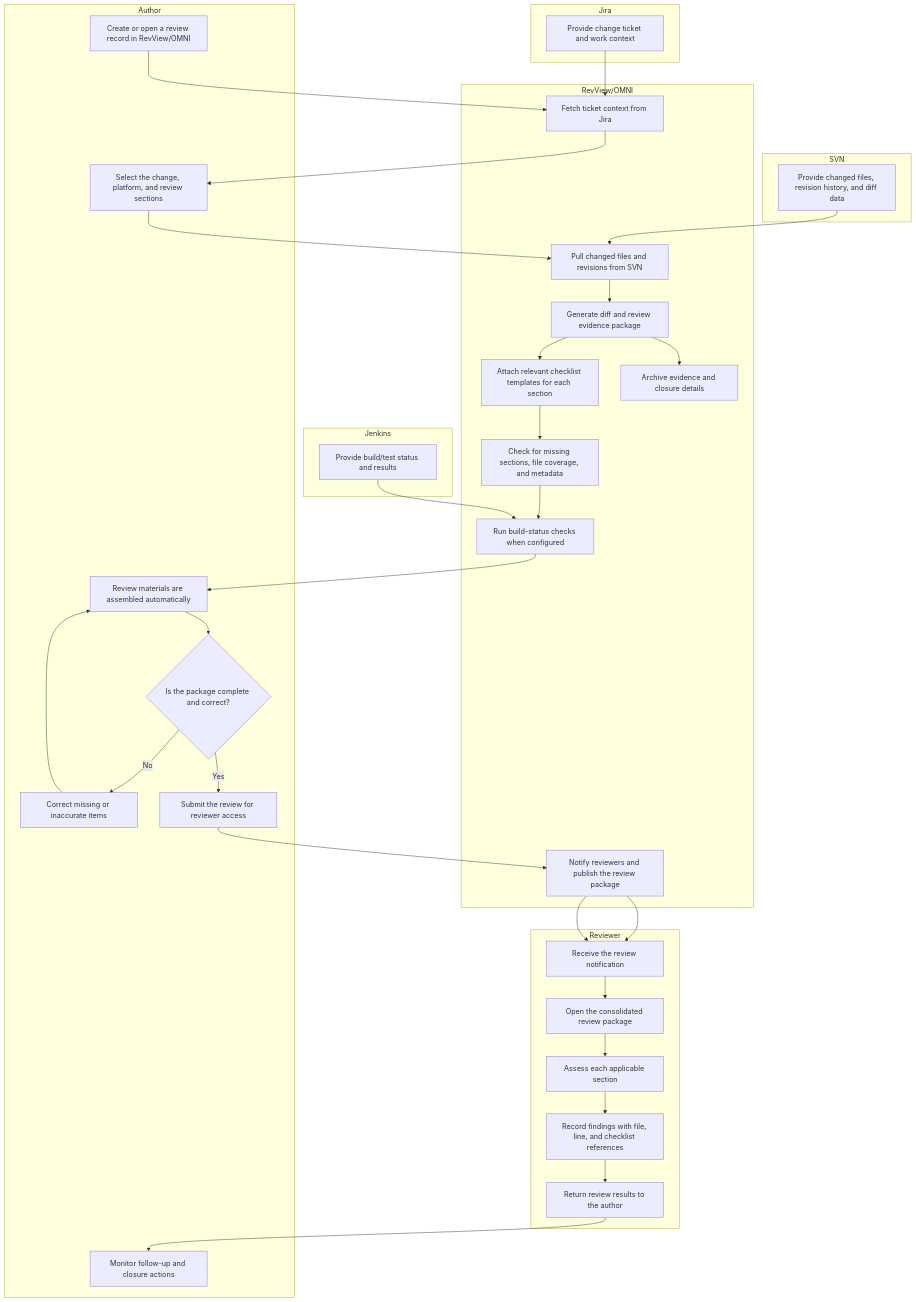
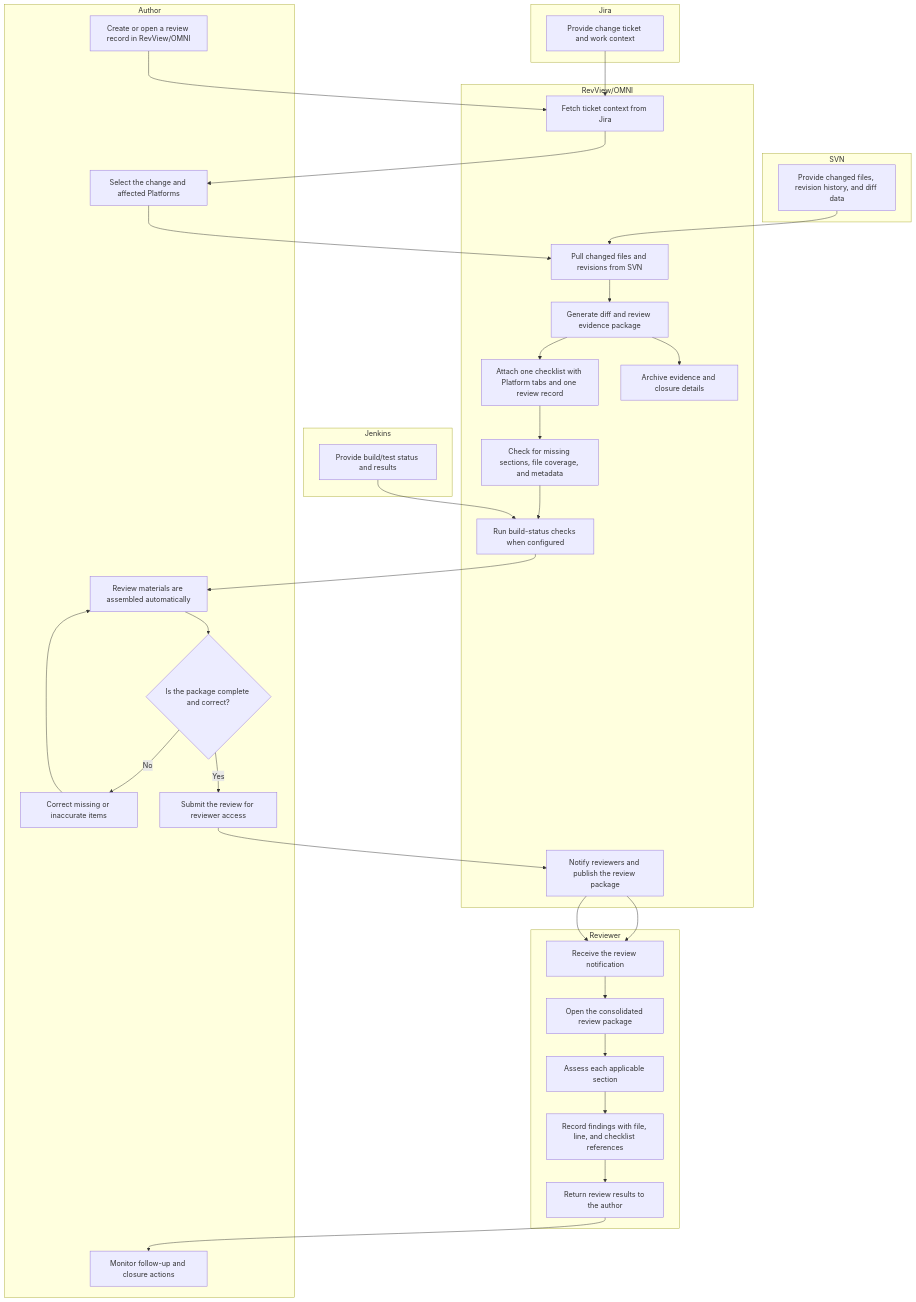
The second of 3 diagrams in docs/requirements/vision-and-scope.md (olehzu/RevView-OMNI), drawn with Mermaid before and after one commit. The commit also changed other lines of this file and 7 other files, not shown here.

````diff
--- a/docs/requirements/vision-and-scope.md
+++ b/docs/requirements/vision-and-scope.md
@@ -271,52 +272,52 @@
 ```mermaid
 flowchart TD
   subgraph Author[Author]
     A1[Create or open a review record in RevView/OMNI]
-    A2[Select the change, platform, and review sections]
+    A2[Select the change and affected Platforms]
     A3[Review materials are assembled automatically]
     A4{Is the package complete and correct?}
     A5[Correct missing or inaccurate items]
     A6[Submit the review for reviewer access]
     A7[Monitor follow-up and closure actions]
   end
 
   subgraph System[RevView/OMNI]
     S1[Fetch ticket context from Jira]
     S2[Pull changed files and revisions from SVN]
     S3[Generate diff and review evidence package]
-    S4[Attach relevant checklist templates for each section]
+    S4[Attach one checklist with Platform tabs and one review record]
     S5[Check for missing sections, file coverage, and metadata]
     S6[Run build-status checks when configured]
     S7[Notify reviewers and publish the review package]
     S8[Archive evidence and closure details]
   end
 
   subgraph Reviewer[Reviewer]
     R1[Receive the review notification]
     R2[Open the consolidated review package]
     R3[Assess each applicable section]
     R4[Record findings with file, line, and checklist references]
     R5[Return review results to the author]
   end
 
   subgraph Jira[Jira]
     J1[Provide change ticket and work context]
   end
 
   subgraph SVN[SVN]
     V1[Provide changed files, revision history, and diff data]
   end
 
   subgraph Jenkins[Jenkins]
     B1[Provide build/test status and results]
   end
 
   A1 --> S1 --> A2 --> S2 --> S3 --> S4 --> S5 --> S6 --> A3 --> A4
   A4 -- No --> A5 --> A3
   A4 -- Yes --> A6 --> S7 --> R1 --> R2 --> R3 --> R4 --> R5 --> A7
   J1 --> S1
   V1 --> S2
   B1 --> S6
   S3 --> S8
   S7 --> R1
 ```
````
